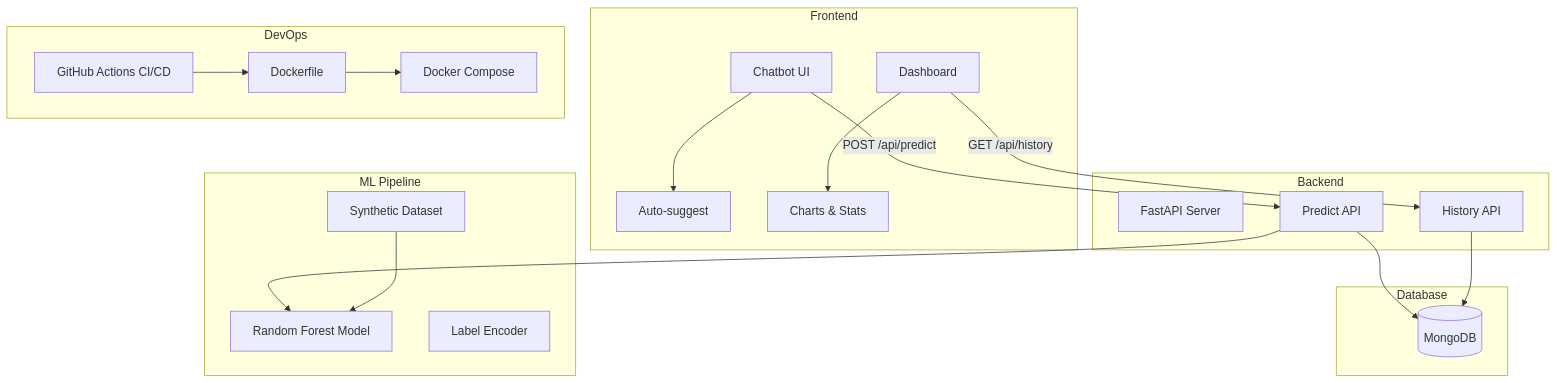
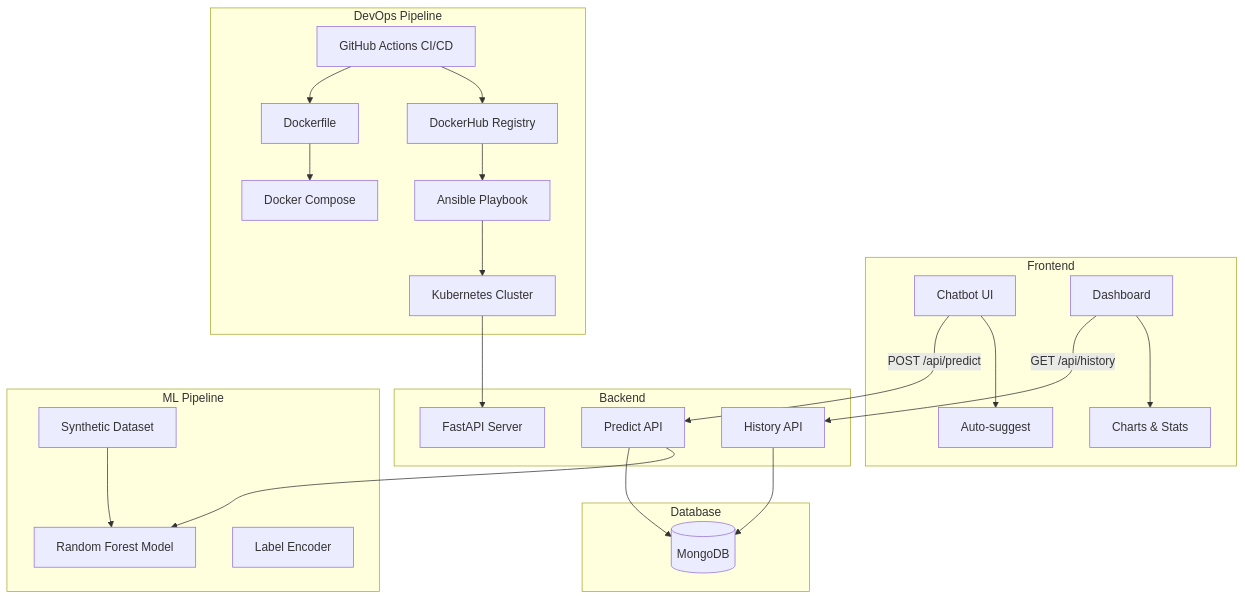
Before and after one commit to Urk23cs1226/devops-project: the first of 2 diagrams in README.md, drawn with Mermaid. The commit also changed other lines of this file and 17 other files, not shown here.

Commit message:
feat: Add Kubernetes, Ansible, and CI/CD deployment pipeline

````diff
--- a/README.md
+++ b/README.md
@@ -13,38 +16,39 @@
 ```mermaid
 graph TB
     subgraph Frontend
         A[Chatbot UI] --> B[Auto-suggest]
         C[Dashboard] --> D[Charts & Stats]
     end
 
     subgraph Backend
         E[FastAPI Server]
         F[Predict API]
         G[History API]
     end
 
     subgraph ML Pipeline
         H[Synthetic Dataset]
         I[Random Forest Model]
         J[Label Encoder]
     end
 
     subgraph Database
         K[(MongoDB)]
     end
 
-    subgraph DevOps
-        L[Dockerfile]
-        M[Docker Compose]
-        N[GitHub Actions CI/CD]
+    subgraph DevOps Pipeline
+        L[Dockerfile] --> M[Docker Compose]
+        N[GitHub Actions CI/CD] --> O[DockerHub Registry]
+        O --> P[Ansible Playbook]
+        P --> Q[Kubernetes Cluster]
     end
 
     A -->|POST /api/predict| F
     C -->|GET /api/history| G
     F --> I
     F --> K
     G --> K
     H --> I
-    L --> M
     N --> L
+    Q --> E
 ```
````
